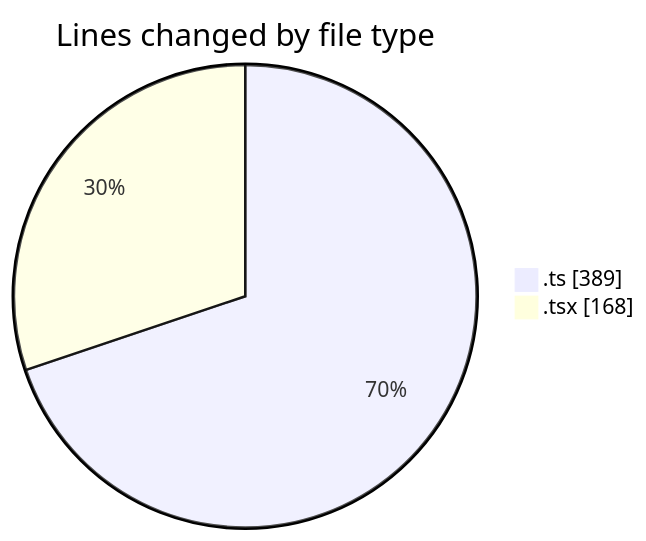
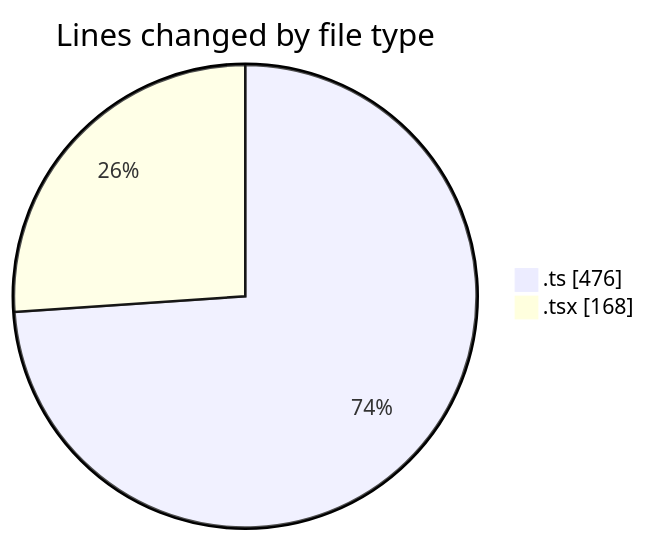
One commit to JenPaints/code-tracking changed the first of 2 diagrams in 2025-06-27/archive/README.md. Above: the diagram before and after it, drawn with Mermaid. The commit also changed other lines of this file and 1 other file, not shown here.

````diff
--- a/2025-06-27/archive/README.md
+++ b/2025-06-27/archive/README.md
@@ -21,6 +23,6 @@
 ```mermaid
 pie showData
 title Lines changed by file type
-".ts" : 389
+".ts" : 476
 ".tsx" : 168
 ```
````
